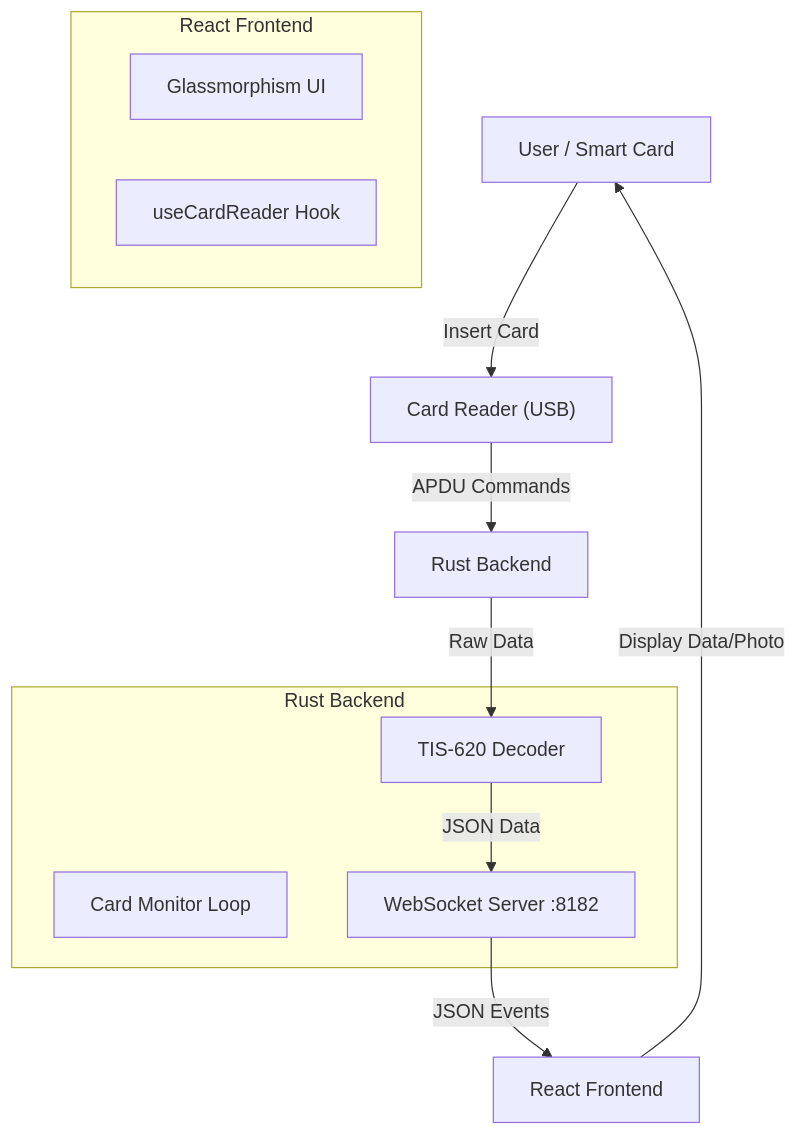
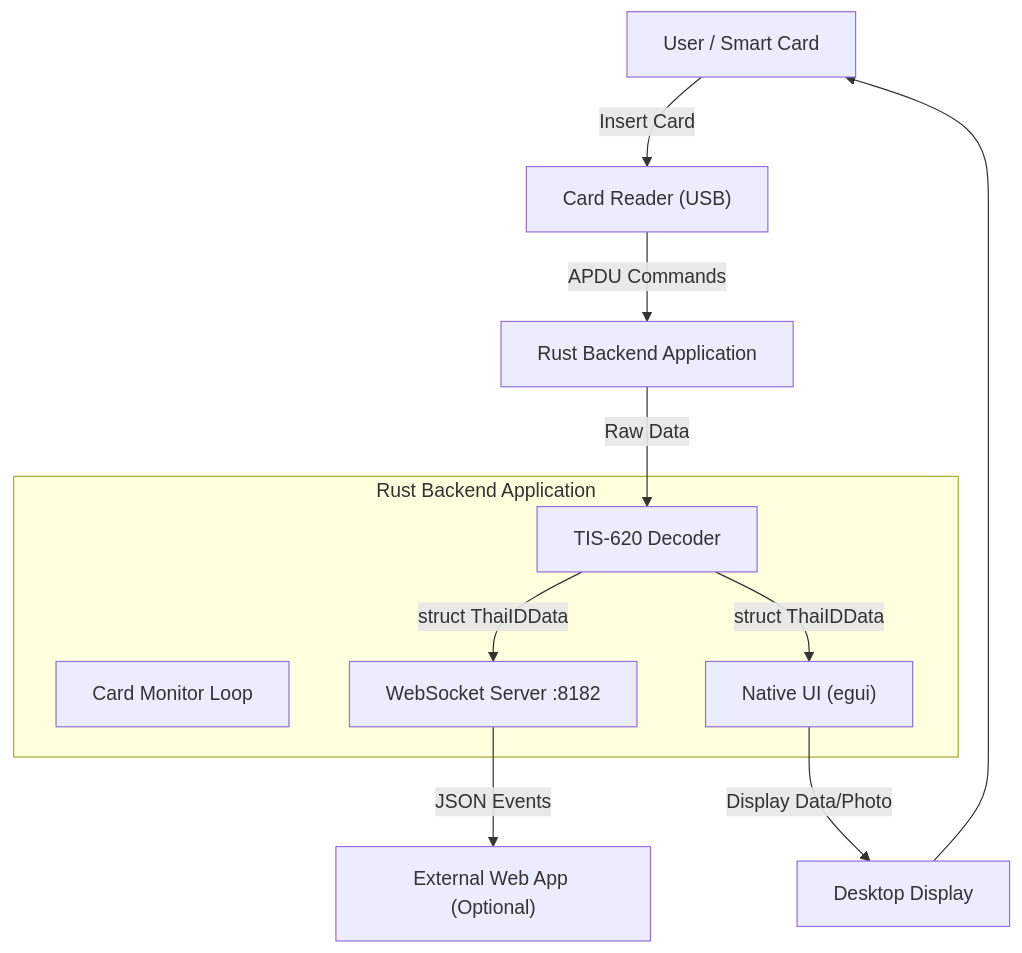
The diagram in README.md (Sh0ckWaveZero/smart-card-reader-rust), drawn with Mermaid before and after one commit. The commit also changed other lines of this file and 1 other file, not shown here.

Commit message:
docs: Update README to reflect native UI architecture, add project banner, and detail Thai font support.

````diff
--- a/README.md
+++ b/README.md
@@ -19,22 +19,20 @@
 ```mermaid
 graph TD
     User["User / Smart Card"] -->|Insert Card| Reader["Card Reader (USB)"]
-    Reader -->|APDU Commands| Backend["Rust Backend"]
-    
-    subgraph "Rust Backend"
+    Reader -->|APDU Commands| Backend["Rust Backend Application"]
+
+    subgraph "Rust Backend Application"
         Monitor["Card Monitor Loop"]
         Decoder["TIS-620 Decoder"]
         WSS["WebSocket Server :8182"]
+        NativeUI["Native UI (egui)"]
     end
-    
+
     Backend -->|Raw Data| Decoder
-    Decoder -->|JSON Data| WSS
-    WSS -->|JSON Events| Frontend["React Frontend"]
-    
-    subgraph "React Frontend"
-        UI["Glassmorphism UI"]
-        Hook["useCardReader Hook"]
-    end
-    
-    Frontend -->|Display Data/Photo| User
+    Decoder -->|struct ThaiIDData| WSS
+    Decoder -->|struct ThaiIDData| NativeUI
+
+    WSS -->|JSON Events| ExternalApp["External Web App (Optional)"]
+    NativeUI -->|Display Data/Photo| Dist["Desktop Display"]
+    Dist --> User
 ```
````
